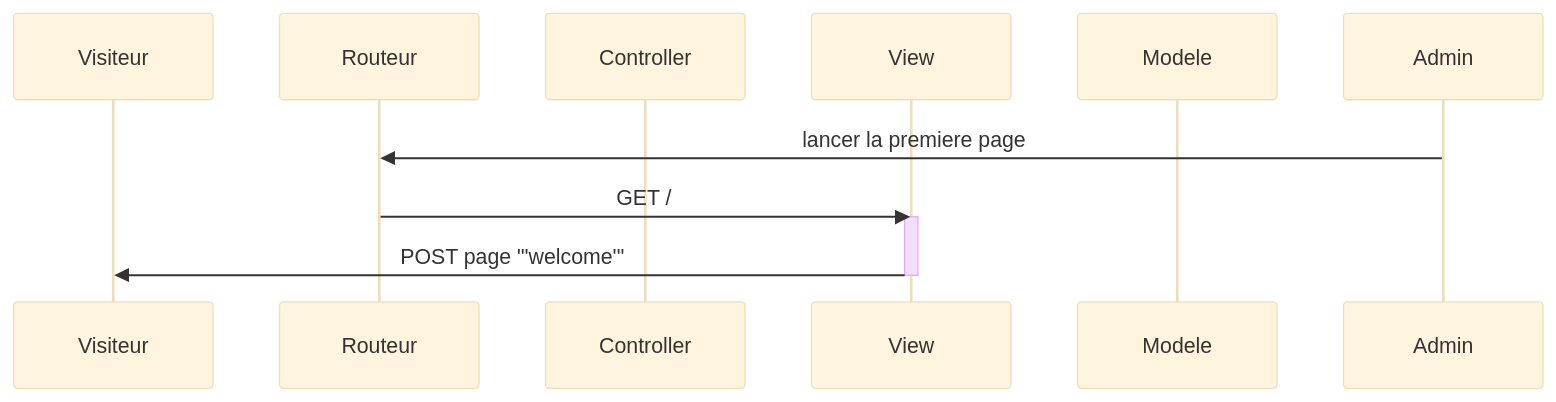
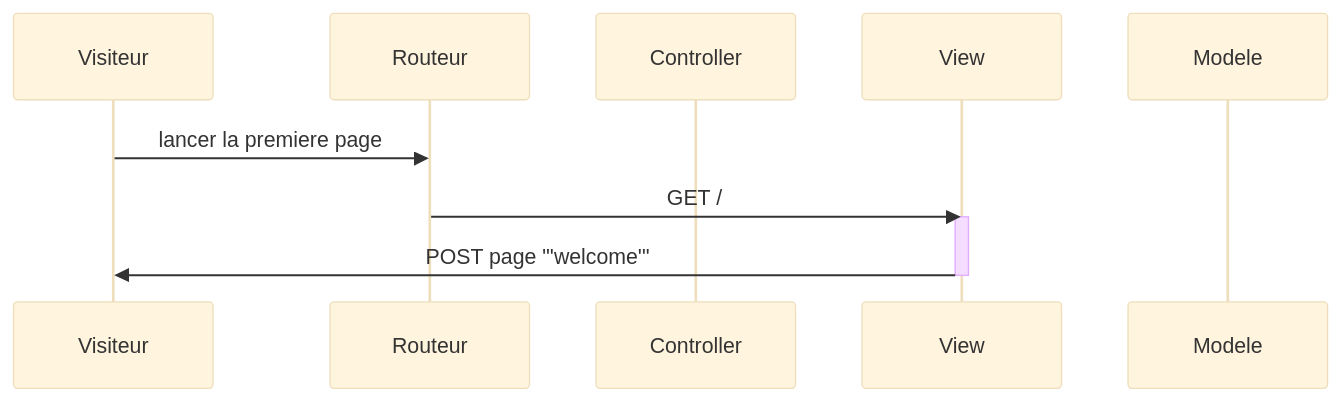
One commit to ggreg-T/sprint-07 changed the first of 5 diagrams in README.md. Above: the diagram before and after it, drawn with Mermaid (base theme). The commit also changed other lines of this file, not shown here.

Commit message:
Mise à jour UML

````diff
--- a/README.md
+++ b/README.md
@@ -24,16 +24,16 @@
 ```mermaid
 sequenceDiagram
     participant Visiteur
     participant Routeur
     participant Controller
     participant View
     participant Modele
 
-    Admin->>Routeur : lancer la premiere page
+    Visiteur->>Routeur : lancer la premiere page
     Routeur->>View : GET /
 
         activate View
     View ->>Visiteur : POST page "'welcome'"
     deactivate View
 
 ```
````
